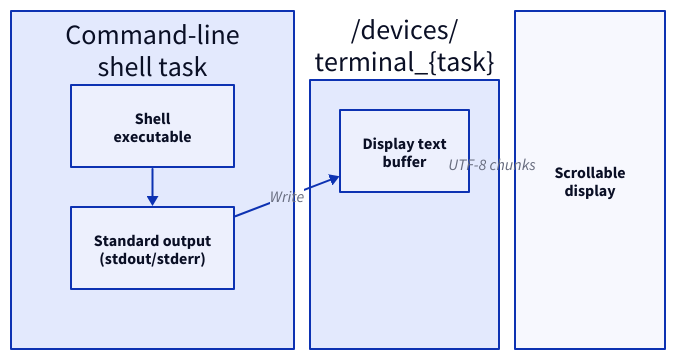
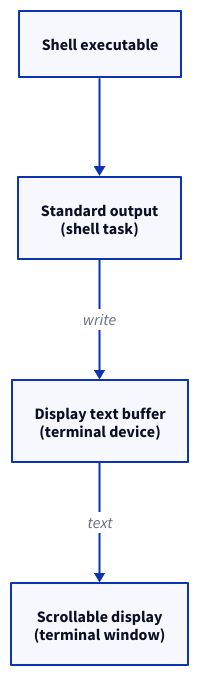
Before and after one commit to xila-project/website: the second of 2 diagrams in src/content/docs/explanation/architecture/executables/terminal.mdx, drawn with D2. The commit also changed other lines of this file, not shown here.

Commit message:
docs(diagrams): drop the frames of the terminal diagrams
Plain chains cannot put an edge label on a frame border, so the two
terminal diagrams now name the owner in each node label instead of
grouping the nodes in frames. Both render as vertical chains below
800 pixels wide.

Part of #132

````diff
--- a/src/content/docs/explanation/architecture/executables/terminal.mdx
+++ b/src/content/docs/explanation/architecture/executables/terminal.mdx
@@ -60,20 +52,12 @@
 ```d2 title="Output path from the shell task to the terminal window display"
-grid-columns: 3
-grid-gap: 16
+direction: down
 
-shell: "Command-line\nshell task" {
-  class: layer
-  grid-rows: 2
-  executable: "Shell\nexecutable" { class: component }
-  stdout: "Standard output\n(stdout/stderr)" { class: io }
-}
-device: "/devices/\nterminal_{task}" {
-  class: layer
-  buffer: "Display text\nbuffer" { class: component }
-}
-display: "Scrollable\ndisplay" { class: io; width: 150; height: 80 }
+executable: "Shell executable" { class: component }
+stdout: "Standard output\n(shell task)" { class: io }
+buffer: "Display text buffer\n(terminal device)" { class: component }
+display: "Scrollable display\n(terminal window)" { class: io }
 
-shell.executable -> shell.stdout
-shell.stdout -> device.buffer: Write
-device.buffer -> display: UTF-8 chunks
+executable -> stdout
+stdout -> buffer: write
+buffer -> display: text
 ```
````
